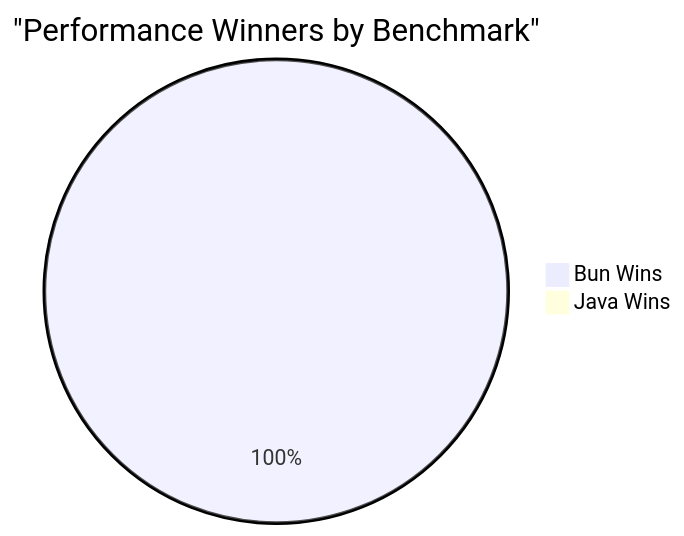
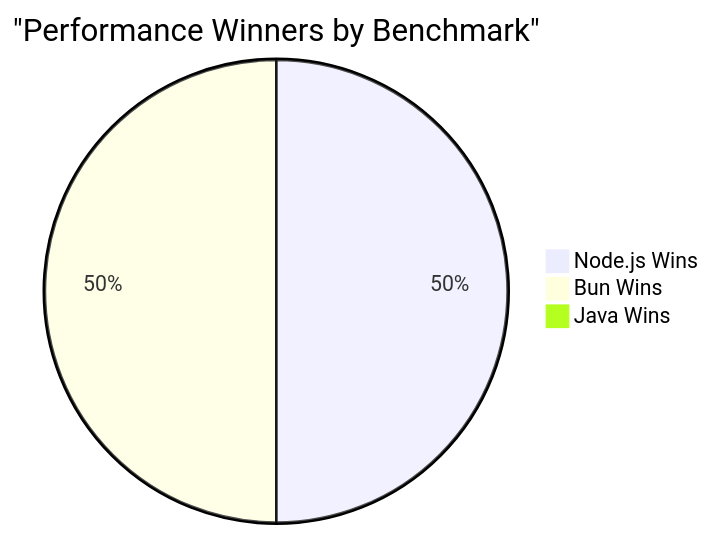
Before and after one commit to Frtrillo/benchmark-nodejs-java-process-mqtt-payloads: the fifth of 5 diagrams in readme.md, drawn with Mermaid. The commit also changed other lines of this file and 1 other file, not shown here.

Commit message:
mejora benchmark añadido node tmb

````diff
--- a/readme.md
+++ b/readme.md
@@ -217,5 +229,6 @@
 ```mermaid
 pie title "Performance Winners by Benchmark"
-    "Bun Wins" : 2
+    "Node.js Wins" : 1
+    "Bun Wins" : 1
     "Java Wins" : 0
 ```
````
